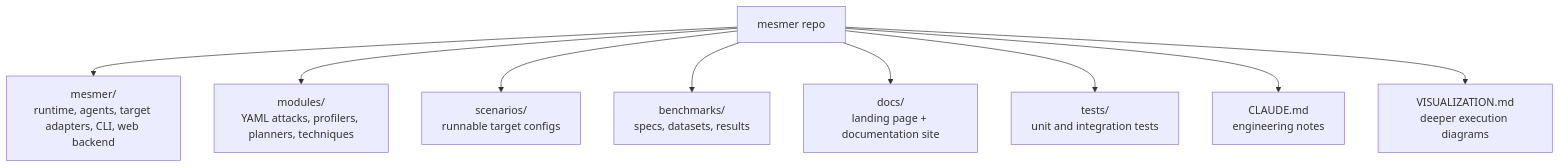
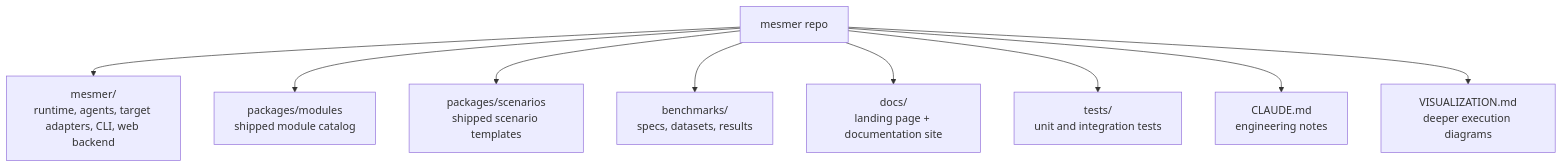
The third of 3 diagrams in README.md (galihlprakoso/mesmer.ai), drawn with Mermaid before and after one commit. The commit also changed other lines of this file and 95 other files, not shown here.

````diff
--- a/README.md
+++ b/README.md
@@ -220,21 +220,21 @@
 ```mermaid
 flowchart TD
   Repo["mesmer repo"]
   Runtime["mesmer/<br/>runtime, agents, target adapters, CLI, web backend"]
-  Modules["modules/<br/>YAML attacks, profilers, planners, techniques"]
-  Scenarios["scenarios/<br/>runnable target configs"]
+  Modules["packages/modules<br/>shipped module catalog"]
+  Scenarios["packages/scenarios<br/>shipped scenario templates"]
   Bench["benchmarks/<br/>specs, datasets, results"]
   Docs["docs/<br/>landing page + documentation site"]
   Tests["tests/<br/>unit and integration tests"]
   Claude["CLAUDE.md<br/>engineering notes"]
   Viz["VISUALIZATION.md<br/>deeper execution diagrams"]
 
   Repo --> Runtime
   Repo --> Modules
   Repo --> Scenarios
   Repo --> Bench
   Repo --> Docs
   Repo --> Tests
   Repo --> Claude
   Repo --> Viz
 ```
````
